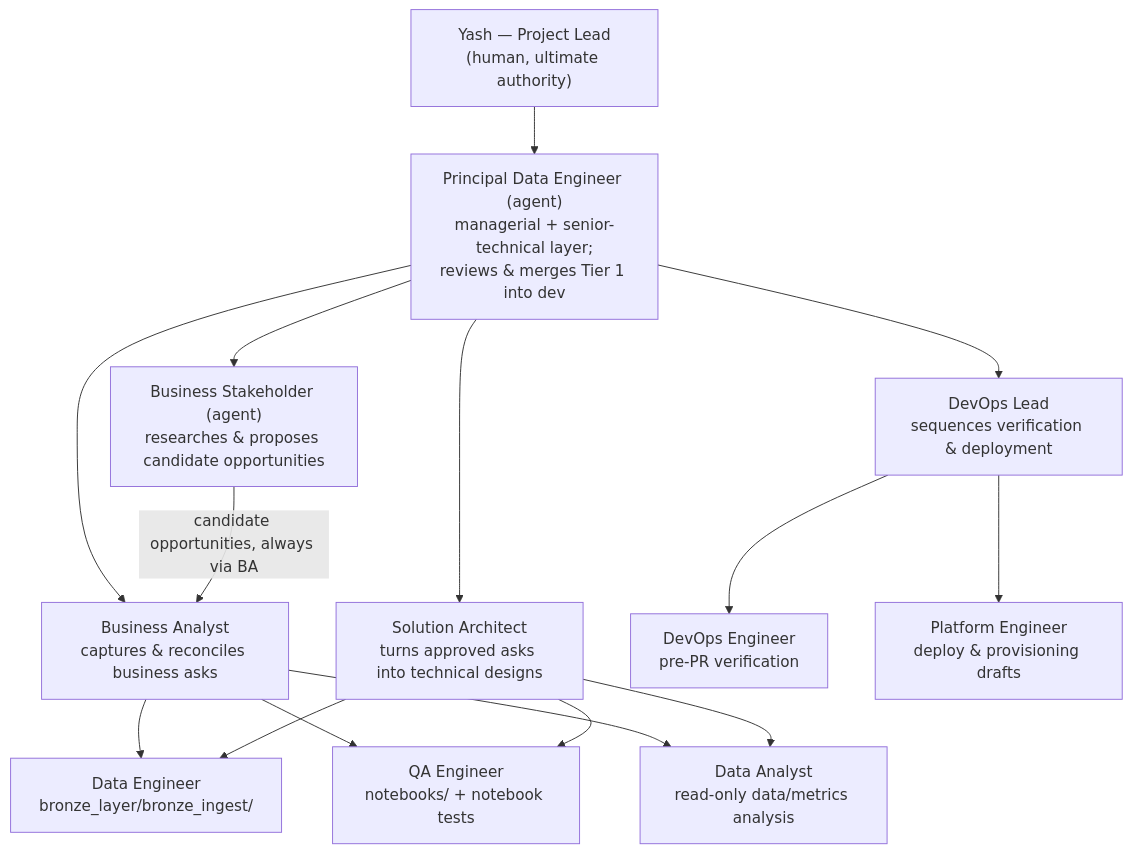
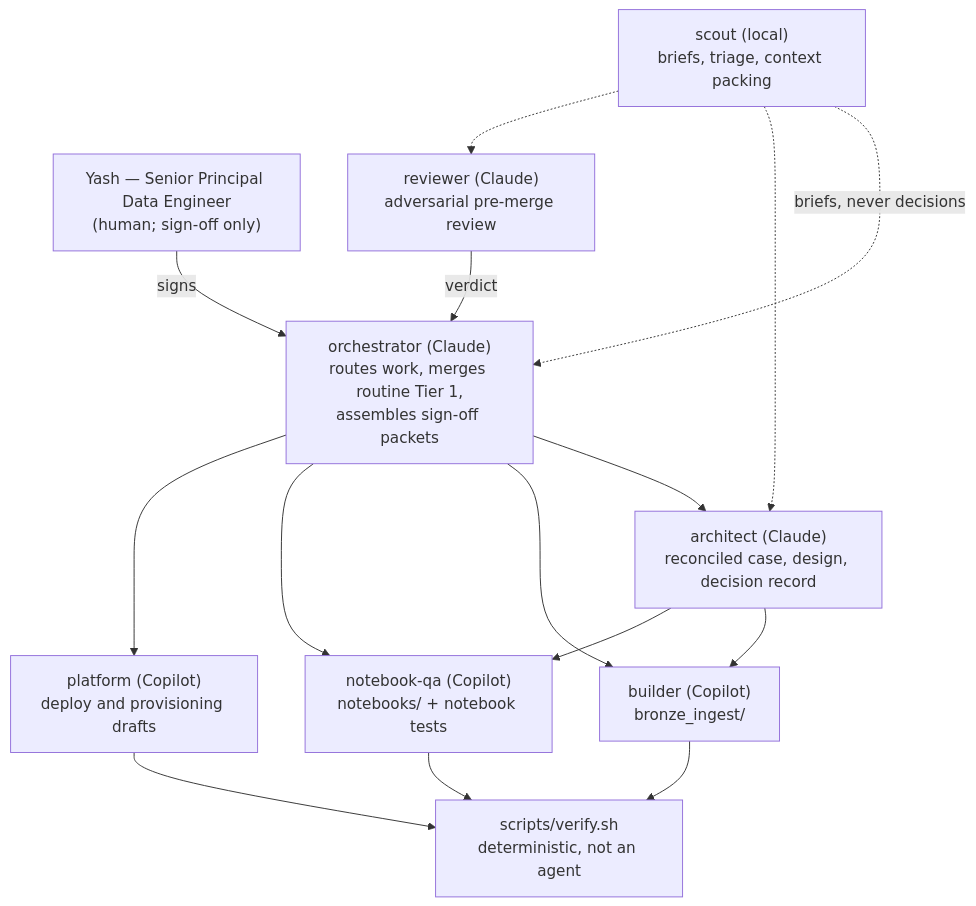
Before and after one commit to yashmhatre/Ingredion_Enhancement_Package: the diagram in docs/agent_governance.md, drawn with Mermaid. The commit also changed other lines of this file, not shown here.

````diff
--- a/docs/agent_governance.md
+++ b/docs/agent_governance.md
@@ -130,29 +154,27 @@
 ```mermaid
 graph TD
-    Yash["Yash — Project Lead<br/>(human, ultimate authority)"]
-    PDE["Principal Data Engineer (agent)<br/>managerial + senior-technical layer;<br/>reviews & merges Tier 1 into dev"]
-    BS["Business Stakeholder (agent)<br/>researches & proposes candidate opportunities"]
-    BA["Business Analyst<br/>captures & reconciles business asks"]
-    SA["Solution Architect<br/>turns approved asks into technical designs"]
-    DL["DevOps Lead<br/>sequences verification & deployment"]
-    DE["Data Engineer<br/>bronze_layer/bronze_ingest/"]
-    QA["QA Engineer<br/>notebooks/ + notebook tests"]
-    DA["Data Analyst<br/>read-only data/metrics analysis"]
-    DVE["DevOps Engineer<br/>pre-PR verification"]
-    PE["Platform Engineer<br/>deploy & provisioning drafts"]
+    Y["Yash — Senior Principal Data Engineer<br/>(human; sign-off only)"]
+    O["orchestrator (Claude)<br/>routes work, merges routine Tier 1,<br/>assembles sign-off packets"]
+    A["architect (Claude)<br/>reconciled case, design, decision record"]
+    R["reviewer (Claude)<br/>adversarial pre-merge review"]
+    B["builder (Copilot)<br/>bronze_ingest/"]
+    Q["notebook-qa (Copilot)<br/>notebooks/ + notebook tests"]
+    P["platform (Copilot)<br/>deploy and provisioning drafts"]
+    S["scout (local)<br/>briefs, triage, context packing"]
+    V["scripts/verify.sh<br/>deterministic, not an agent"]
 
-    Yash --> PDE
-    PDE --> BS
-    PDE --> BA
-    PDE --> SA
-    PDE --> DL
-    BS -->|candidate opportunities, always via BA| BA
-    BA --> DE
-    BA --> QA
-    BA --> DA
-    SA --> DE
-    SA --> QA
-    SA --> DA
-    DL --> DVE
-    DL --> PE
+    Y -->|signs| O
+    O --> A
+    O --> B
+    O --> Q
+    O --> P
+    A --> B
+    A --> Q
+    R -->|verdict| O
+    B --> V
+    Q --> V
+    P --> V
+    S -.->|briefs, never decisions| O
+    S -.-> A
+    S -.-> R
 ```
````
